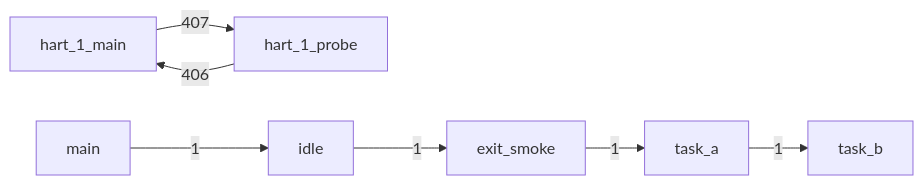
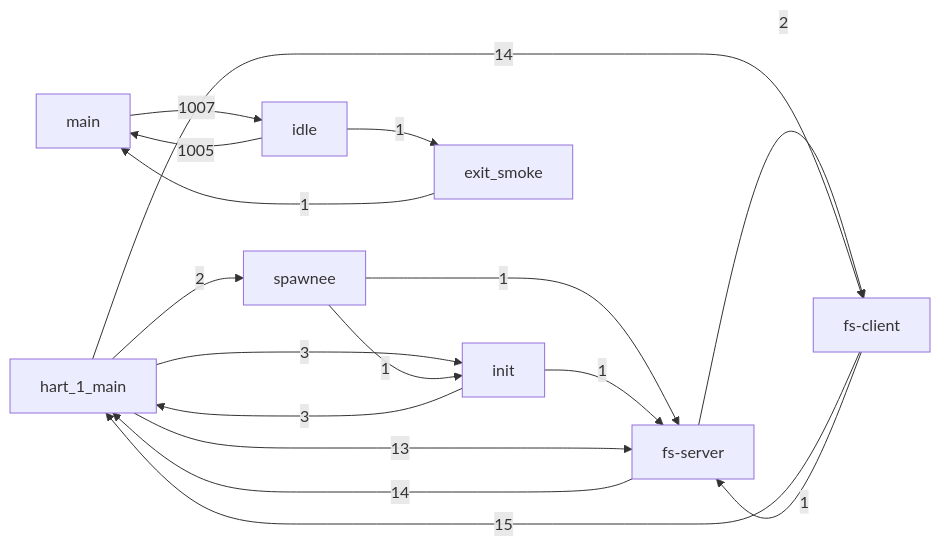
The diagram in docs/generated/switches.md (chloebrett/snitchos), drawn with Mermaid before and after one commit. The commit also changed other lines of this file and 8 other files, not shown here.

Commit message:
Diagram pngs.

````diff
--- a/docs/generated/switches.md
+++ b/docs/generated/switches.md
@@ -5,16 +7,27 @@
 ```mermaid
 graph LR
-    t7["hart_1_main"]
-    t8["hart_1_probe"]
+    t3["hart_1_main"]
+    t4["init"]
+    t5["spawnee"]
     t0["main"]
     t1["idle"]
     t2["exit_smoke"]
-    t3["task_a"]
-    t4["task_b"]
-    t7 -->|407| t8
-    t8 -->|406| t7
-    t0 -->|1| t1
+    t6["fs-server"]
+    t7["fs-client"]
+    t3 -->|3| t4
+    t4 -->|3| t3
+    t3 -->|2| t5
+    t0 -->|1007| t1
     t1 -->|1| t2
-    t2 -->|1| t3
-    t3 -->|1| t4
+    t2 -->|1| t0
+    t5 -->|1| t4
+    t5 -->|1| t6
+    t1 -->|1005| t0
+    t6 -->|2| t7
+    t7 -->|15| t3
+    t4 -->|1| t6
+    t3 -->|13| t6
+    t6 -->|14| t3
+    t3 -->|14| t7
+    t7 -->|1| t6
 ```
````
